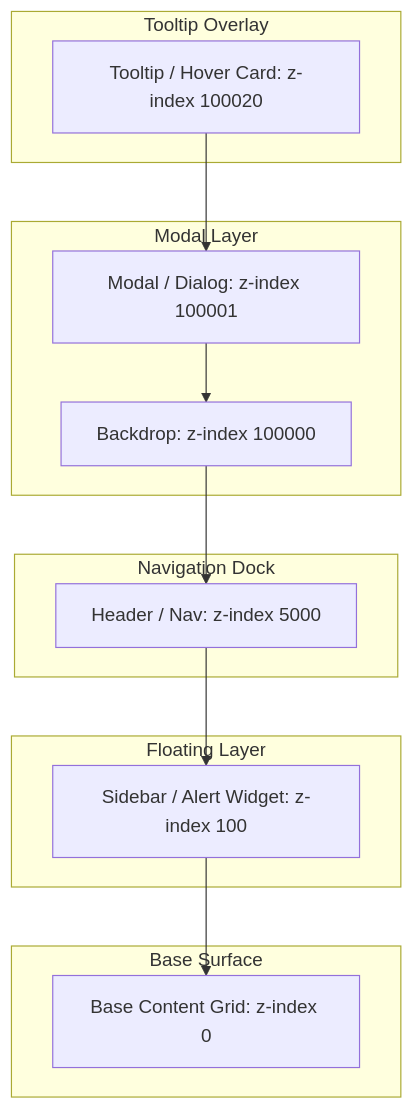
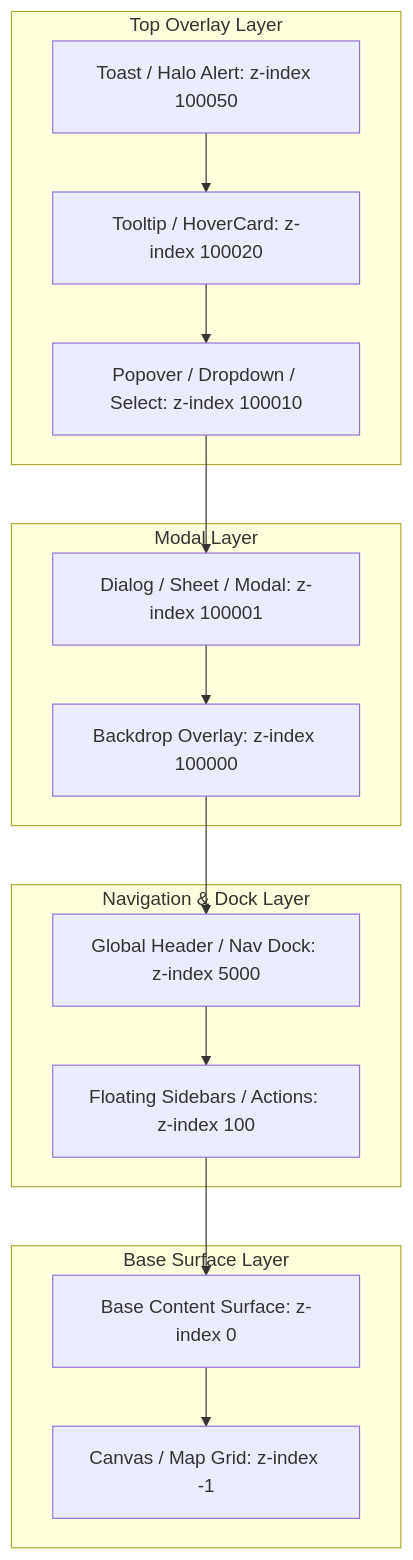
Before and after one commit to algolds/ixstats: the second of 2 diagrams in docs/reference/facet-design-system.md, drawn with Mermaid. The commit also changed other lines of this file and 454 other files, not shown here.

````diff
--- a/docs/reference/facet-design-system.md
+++ b/docs/reference/facet-design-system.md
@@ -38,24 +71,29 @@
 ```mermaid
 graph TD
-    subgraph Tooltip Overlay
-        T[Tooltip / Hover Card: z-index 100020]
+    subgraph Top Overlay Layer
+        TO[Toast / Halo Alert: z-index 100050]
+        TT[Tooltip / HoverCard: z-index 100020]
+        PO[Popover / Dropdown / Select: z-index 100010]
     end
     subgraph Modal Layer
-        M[Modal / Dialog: z-index 100001]
-        B[Backdrop: z-index 100000]
+        MD[Dialog / Sheet / Modal: z-index 100001]
+        BD[Backdrop Overlay: z-index 100000]
     end
-    subgraph Navigation Dock
-        N[Header / Nav: z-index 5000]
+    subgraph Navigation & Dock Layer
+        NV[Global Header / Nav Dock: z-index 5000]
+        FL[Floating Sidebars / Actions: z-index 100]
     end
-    subgraph Floating Layer
-        F[Sidebar / Alert Widget: z-index 100]
+    subgraph Base Surface Layer
+        SF[Base Content Surface: z-index 0]
+        BG[Canvas / Map Grid: z-index -1]
     end
-    subgraph Base Surface
-        S[Base Content Grid: z-index 0]
-    end
-    T --> M
-    M --> B
-    B --> N
-    N --> F
-    F --> S
+
+    TO --> TT
+    TT --> PO
+    PO --> MD
+    MD --> BD
+    BD --> NV
+    NV --> FL
+    FL --> SF
+    SF --> BG
 ```
````
